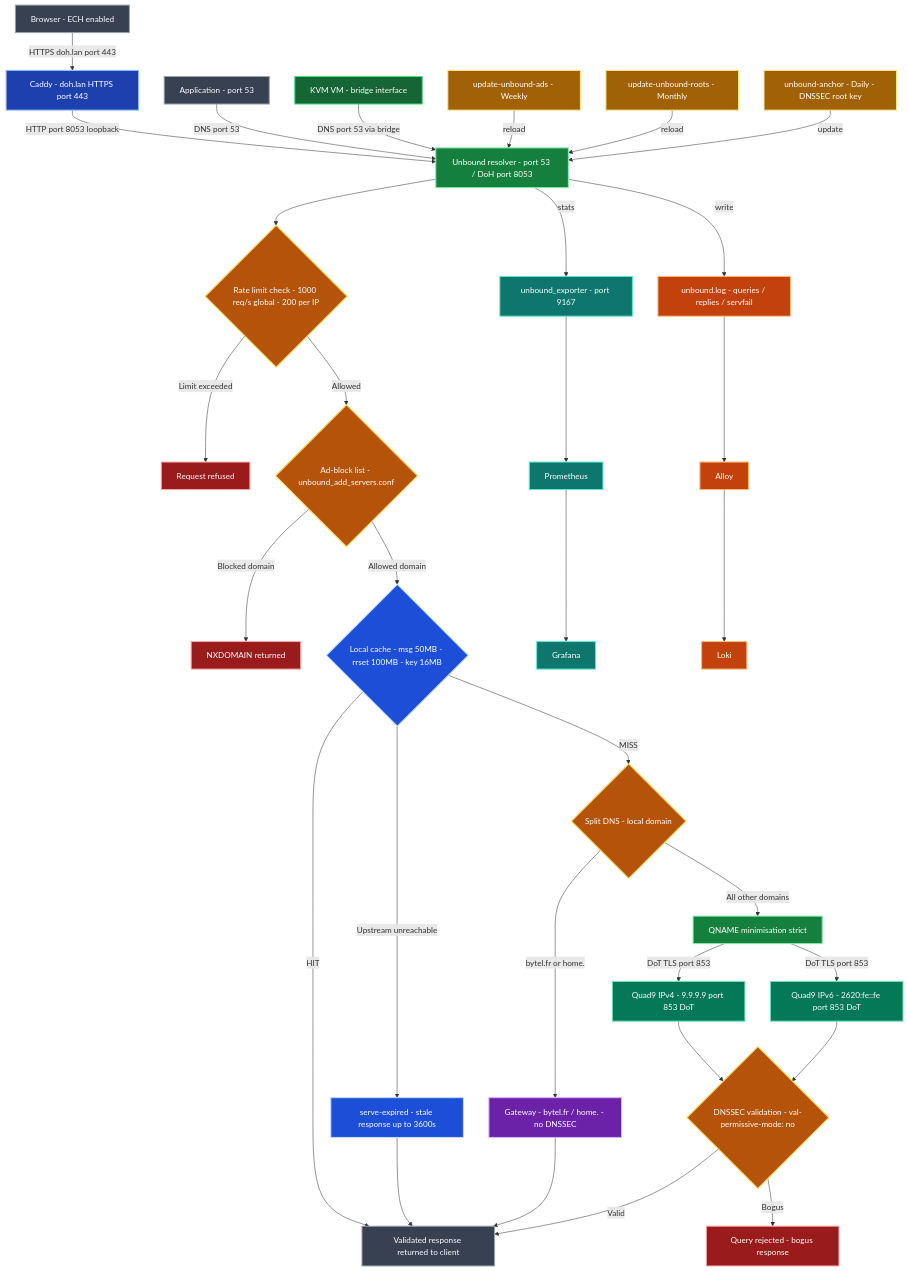
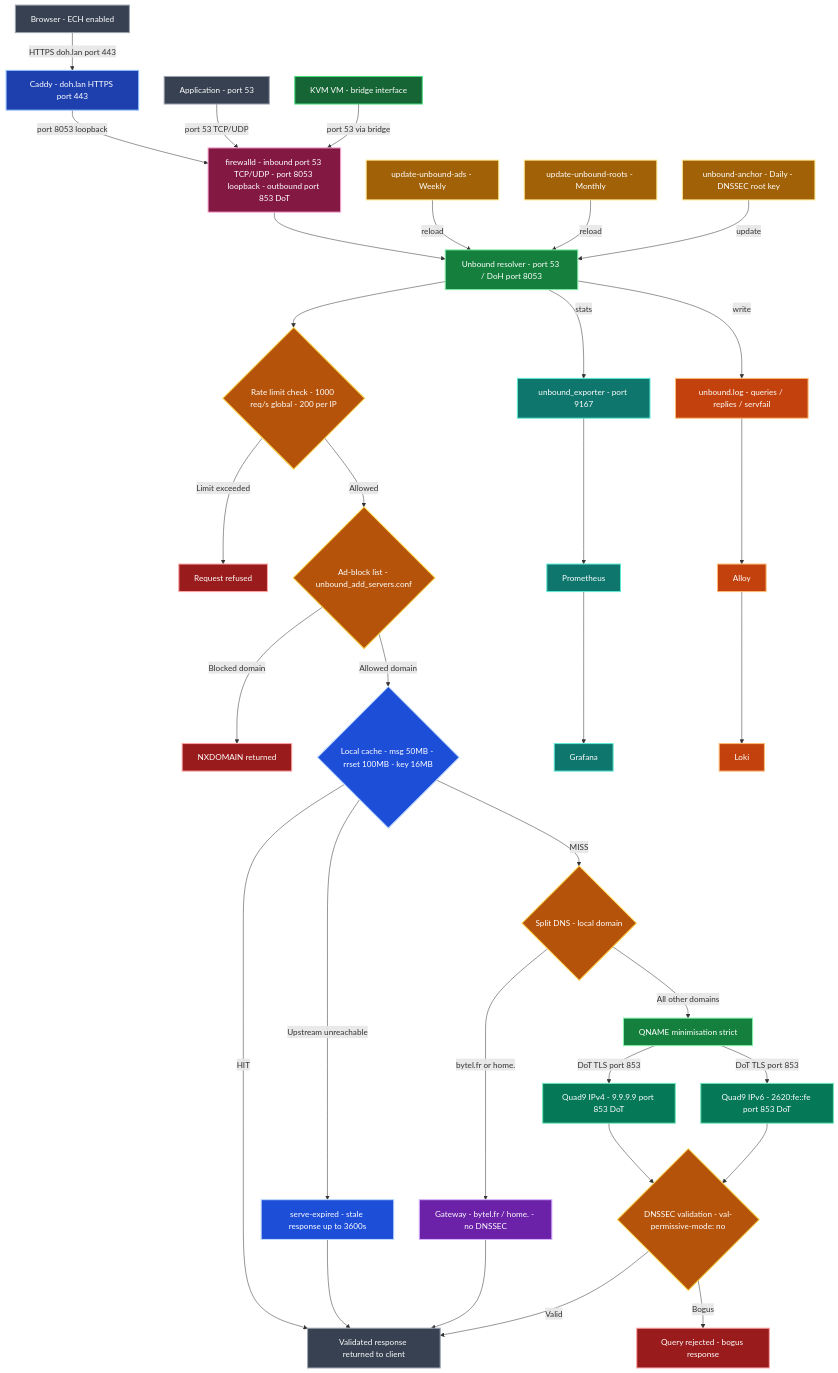
One commit to crisis1er/unbound changed the diagram in README.md. Above: the diagram before and after it, drawn with Mermaid.

Commit message:
docs: add firewalld node with ports 53/8053 inbound and 853 outbound

```diff
--- a/README.md
+++ b/README.md
@@ -43,11 +43,14 @@
     classDef monitoring fill:#0f766e,stroke:#5eead4,stroke-width:2px,color:#ffffff
     classDef logs fill:#c2410c,stroke:#fdba74,stroke-width:2px,color:#ffffff
     classDef maintenance fill:#a16207,stroke:#fde68a,stroke-width:2px,color:#ffffff
+    classDef firewall fill:#831843,stroke:#f9a8d4,stroke-width:2px,color:#ffffff
 
     BROWSER["Browser - ECH enabled"]:::client
     CADDY["Caddy - doh.lan HTTPS port 443"]:::proxy
     APP["Application - port 53"]:::client
     KVM["KVM VM - bridge interface"]:::kvm
+
+    FW["firewalld - inbound port 53 TCP/UDP - port 8053 loopback - outbound port 853 DoT"]:::firewall
 
     UNBOUND["Unbound resolver - port 53 / DoH port 8053"]:::resolver
 
@@ -86,9 +89,10 @@
     ANCHOR["unbound-anchor - Daily - DNSSEC root key"]:::maintenance
 
     BROWSER -->|"HTTPS doh.lan port 443"| CADDY
-    CADDY -->|"HTTP port 8053 loopback"| UNBOUND
-    APP -->|"DNS port 53"| UNBOUND
-    KVM -->|"DNS port 53 via bridge"| UNBOUND
+    CADDY -->|"port 8053 loopback"| FW
+    APP -->|"port 53 TCP/UDP"| FW
+    KVM -->|"port 53 via bridge"| FW
+    FW --> UNBOUND
 
     UNBOUND --> RATELIMIT
     RATELIMIT -->|"Limit exceeded"| REJECTED_RL
```
